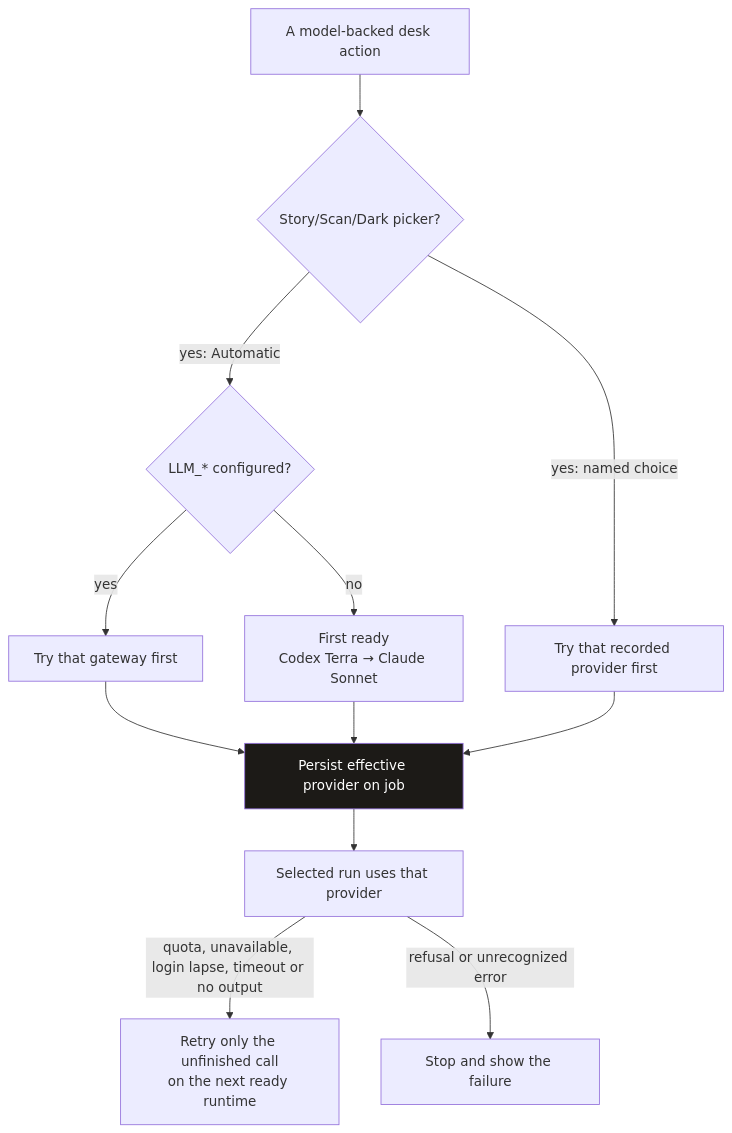
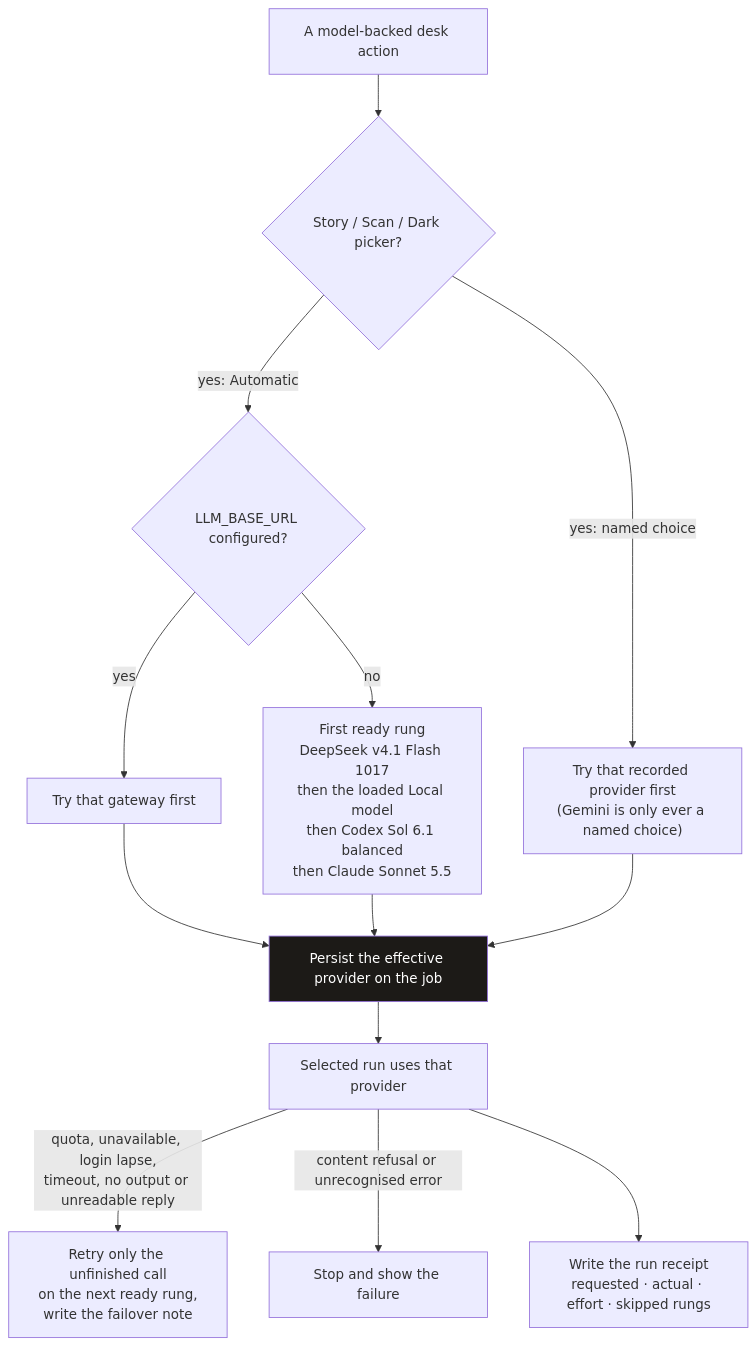
One commit to scottconverse/TownReporter changed the diagram in docs/diagrams/provider-at-call-time.mmd. Above: the diagram before and after it, drawn with Mermaid. The commit also changed 51 other files, not shown here.

First line of the commit message:
docs: 0.6.84 release docs - full user manual, landing page, README, guides, diagrams

```diff
--- a/docs/diagrams/provider-at-call-time.mmd
+++ b/docs/diagrams/provider-at-call-time.mmd
@@ -1,14 +1,15 @@
 flowchart TB
-    CALL["A model-backed desk action"] --> KIND{"Story/Scan/Dark picker?"}
-    KIND -->|yes: Automatic| Q1{"LLM_* configured?"}
+    CALL["A model-backed desk action"] --> KIND{"Story / Scan / Dark picker?"}
+    KIND -->|yes: Automatic| Q1{"LLM_BASE_URL configured?"}
     Q1 -->|yes| OAI["Try that gateway first"]
-    Q1 -->|no| READY["First ready<br/>Codex Terra → Claude Sonnet"]
-    KIND -->|yes: named choice| ONE["Try that recorded provider first"]
-    OAI --> SAVE["Persist effective provider on job"]
+    Q1 -->|no| READY["First ready rung<br/>DeepSeek v4.1 Flash 1017<br/>then the loaded Local model<br/>then Codex Sol 6.1 balanced<br/>then Claude Sonnet 5.5"]
+    KIND -->|yes: named choice| ONE["Try that recorded provider first<br/>(Gemini is only ever a named choice)"]
+    OAI --> SAVE["Persist the effective provider on the job"]
     READY --> SAVE
     ONE --> SAVE
     SAVE --> RUN["Selected run uses that provider"]
-    RUN -->|quota, unavailable, login lapse, timeout or no output| NEXT["Retry only the unfinished call<br/>on the next ready runtime"]
-    RUN -->|refusal or unrecognized error| SAME["Stop and show the failure"]
+    RUN -->|"quota, unavailable, login lapse,<br/>timeout, no output or unreadable reply"| NEXT["Retry only the unfinished call<br/>on the next ready rung,<br/>write the failover note"]
+    RUN -->|"content refusal or unrecognised error"| SAME["Stop and show the failure"]
+    RUN --> REC["Write the run receipt<br/>requested · actual · effort · skipped rungs"]
 
     style SAVE fill:#1c1a17,color:#fff
```
